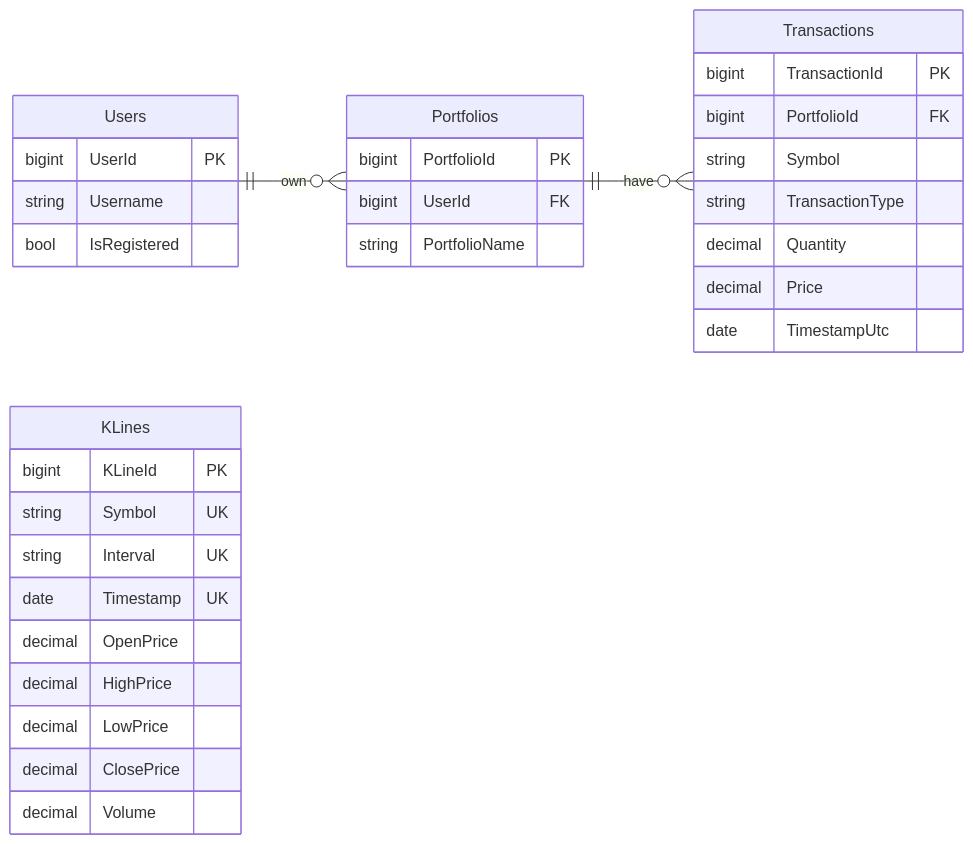
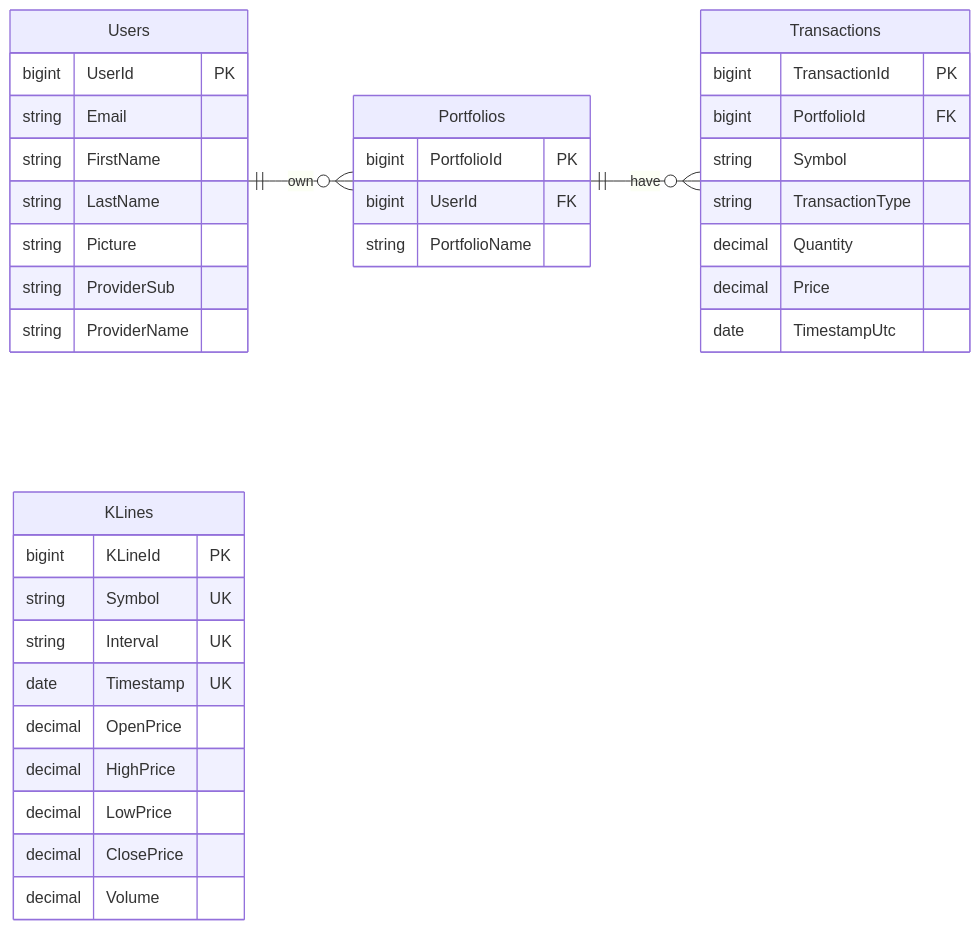
The fourth of 4 diagrams in tech-docs/docs/index.md (abardandev/tech-docs), drawn with Mermaid before and after one commit. The commit also changed other lines of this file and 1 other file, not shown here.

````diff
--- a/tech-docs/docs/index.md
+++ b/tech-docs/docs/index.md
@@ -97,36 +114,40 @@
 ```mermaid
 erDiagram
     direction LR
     Users {
         bigint UserId PK
-        string Username
-        bool IsRegistered
+        string Email
+        string FirstName
+        string LastName
+        string Picture
+        string ProviderSub
+        string ProviderName
     }
     Portfolios {
         bigint PortfolioId PK
         bigint UserId FK
         string PortfolioName
     }
     Transactions {
         bigint TransactionId PK
         bigint PortfolioId FK
         string Symbol
         string TransactionType
         decimal Quantity
         decimal Price
         date TimestampUtc
     }
     KLines[KLines] {
         bigint KLineId PK
         string Symbol UK
         string Interval UK
         date Timestamp UK
         decimal OpenPrice
         decimal HighPrice
         decimal LowPrice
         decimal ClosePrice
         decimal Volume
     }
     Users ||--o{ Portfolios : own
     Portfolios ||--o{ Transactions : have
 ```
````
